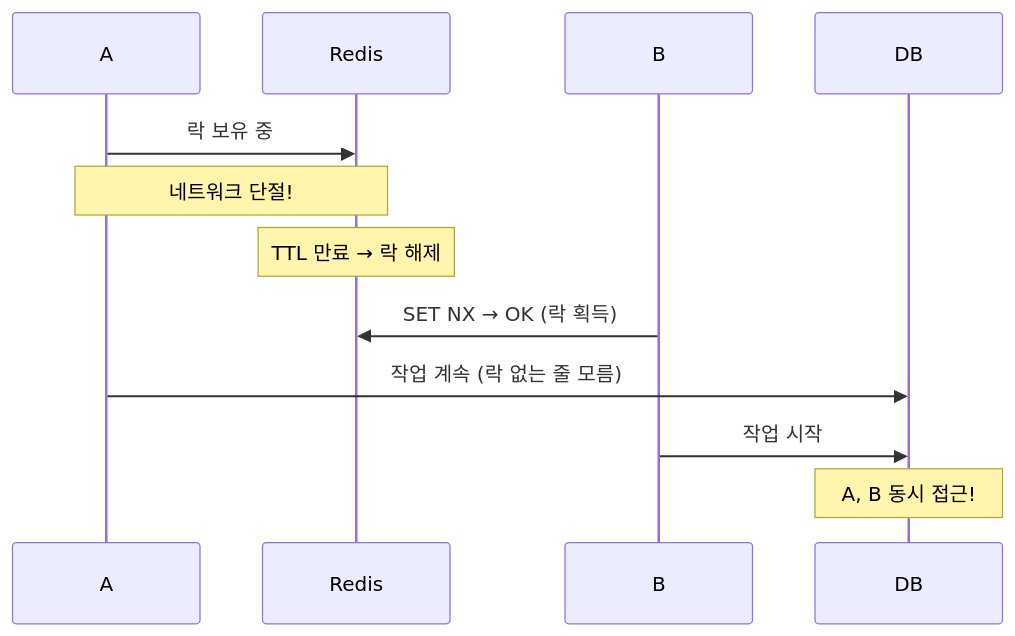
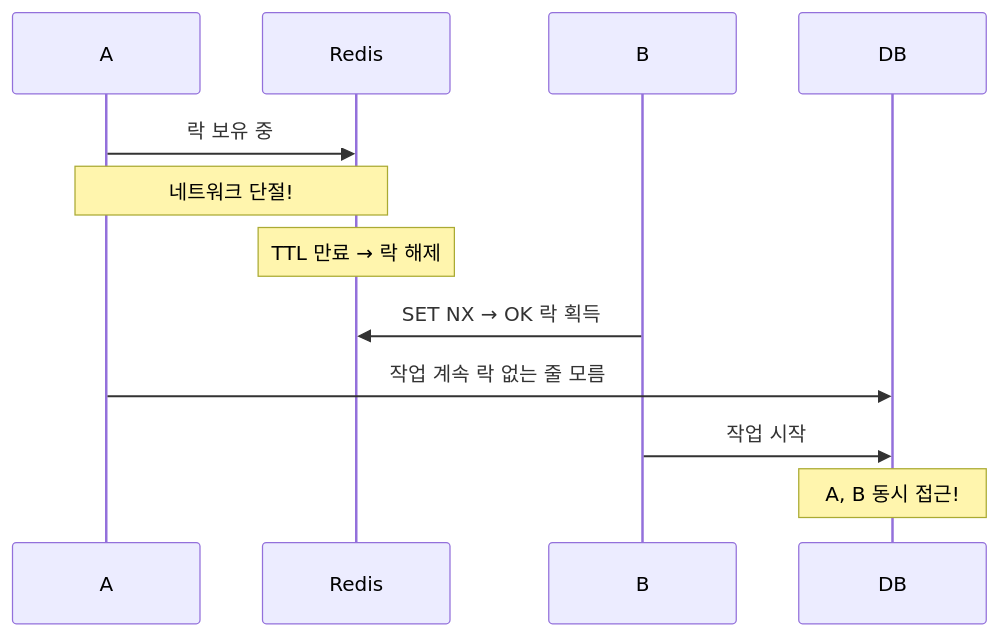
Diagram 12 of 15 in _posts/redis/2026-05-01-redis-distributed-lock.md (yjkim2015/yjkim2015.github.io), drawn with Mermaid before and after one commit. The commit also changed other lines of this file and 85 other files, not shown here.

First line of the commit message:
sequenceDiagram 문법 에러 2차 수정 169개 (86파일)

````diff
--- a/_posts/redis/2026-05-01-redis-distributed-lock.md
+++ b/_posts/redis/2026-05-01-redis-distributed-lock.md
@@ -984,10 +984,10 @@
 ```mermaid
 sequenceDiagram
     A->>Redis: 락 보유 중
     Note over A,Redis: 네트워크 단절!
     Note over Redis: TTL 만료 → 락 해제
-    B->>Redis: SET NX → OK (락 획득)
-    A->>DB: 작업 계속 (락 없는 줄 모름)
+    B->>Redis: SET NX → OK 락 획득
+    A->>DB: 작업 계속 락 없는 줄 모름
     B->>DB: 작업 시작
     Note over DB: A, B 동시 접근!
 ```
````
